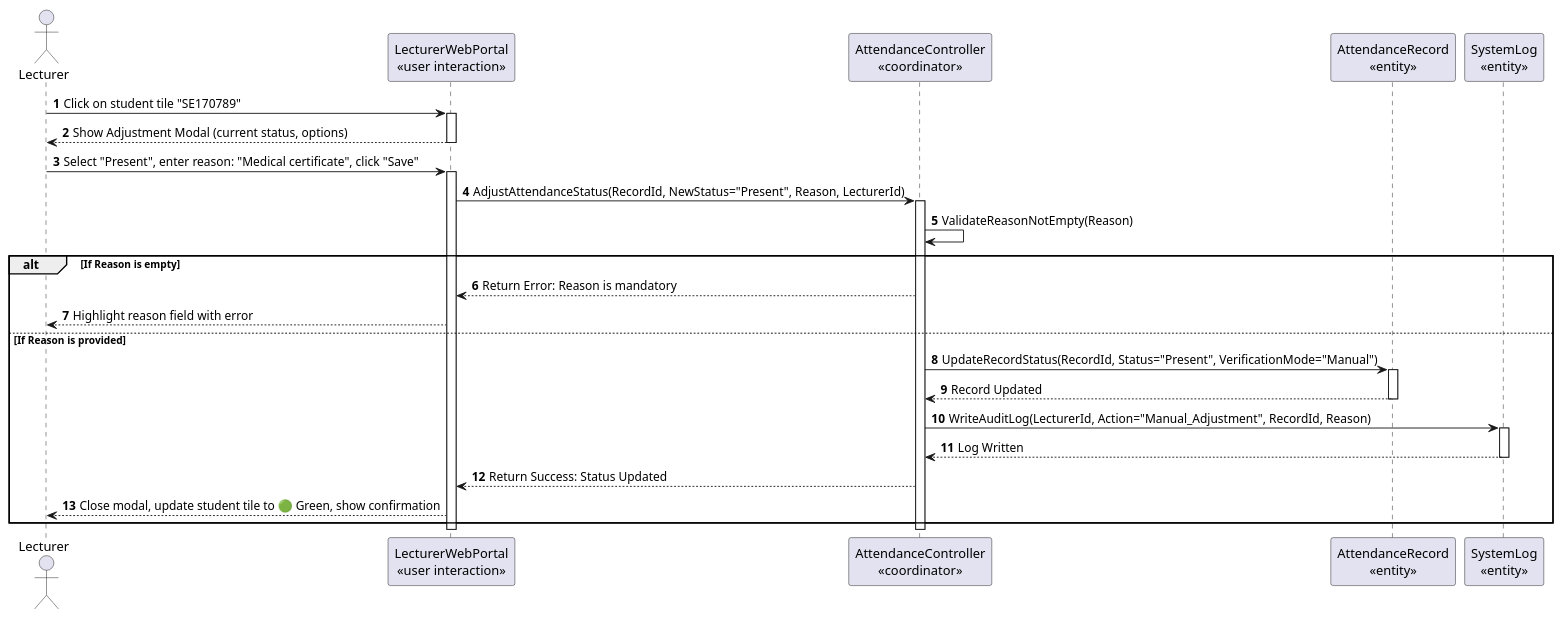
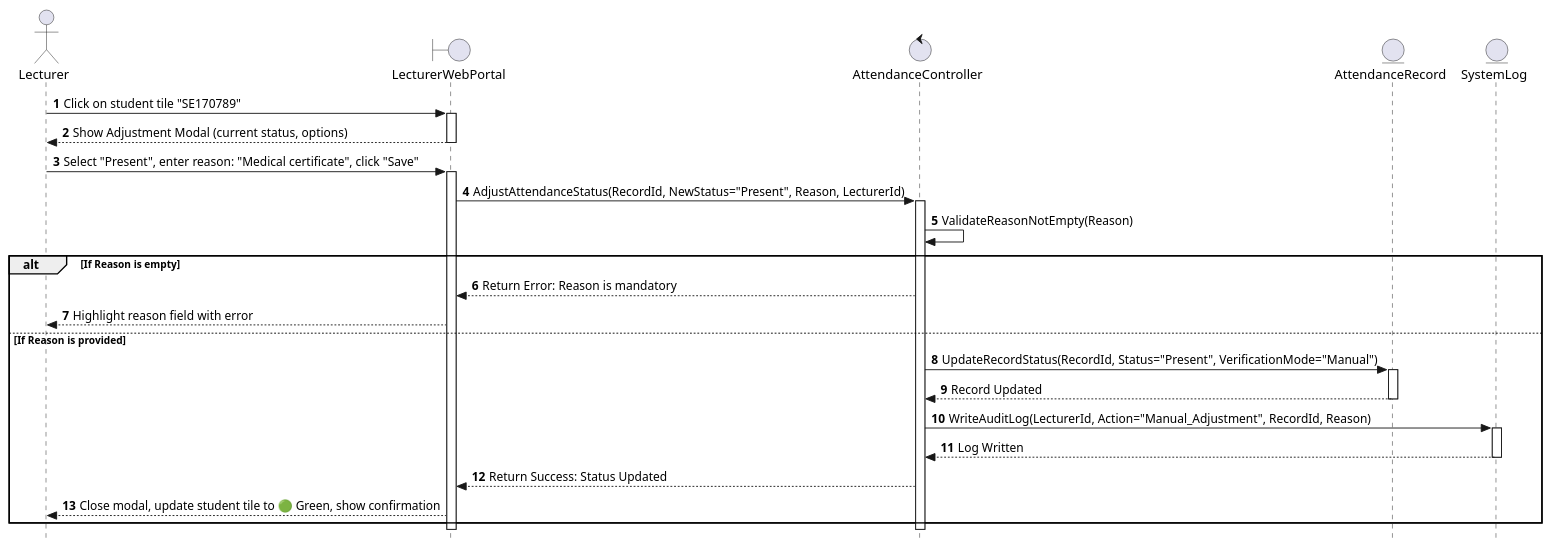
One commit to nttung42/SWD392 changed diagram 20 of 31 in MainDocs/AFAS_RDS_Document_Part1B_Analysis_models.md. Above: the diagram before and after it, drawn with PlantUML. The commit also changed other lines of this file, not shown here.

Commit message:
docs: refactor sequence diagrams to use strict UML/BCE and add message description tables

````diff
--- a/MainDocs/AFAS_RDS_Document_Part1B_Analysis_models.md
+++ b/MainDocs/AFAS_RDS_Document_Part1B_Analysis_models.md
@@ -1004,42 +1178,43 @@
 ```plantuml
 @startuml
+skinparam style strictuml
 autonumber
 actor GV as "Lecturer"
-participant LWP as "LecturerWebPortal\n«user interaction»"
-participant AC as "AttendanceController\n«coordinator»"
-participant AR as "AttendanceRecord\n«entity»"
-participant SL as "SystemLog\n«entity»"
+boundary LWP as "LecturerWebPortal"
+control AC as "AttendanceController"
+entity AR as "AttendanceRecord"
+entity SL as "SystemLog"
 
 GV -> LWP : Click on student tile "SE170789"
 activate LWP
 LWP --> GV : Show Adjustment Modal (current status, options)
 deactivate LWP
 
 GV -> LWP : Select "Present", enter reason: "Medical certificate", click "Save"
 activate LWP
 LWP -> AC : AdjustAttendanceStatus(RecordId, NewStatus="Present", Reason, LecturerId)
 activate AC
 
 AC -> AC : ValidateReasonNotEmpty(Reason)
 
 alt If Reason is empty
     AC --> LWP : Return Error: Reason is mandatory
     LWP --> GV : Highlight reason field with error
 else If Reason is provided
     AC -> AR : UpdateRecordStatus(RecordId, Status="Present", VerificationMode="Manual")
     activate AR
     AR --> AC : Record Updated
     deactivate AR
     
     AC -> SL : WriteAuditLog(LecturerId, Action="Manual_Adjustment", RecordId, Reason)
     activate SL
     SL --> AC : Log Written
     deactivate SL
     
     AC --> LWP : Return Success: Status Updated
     LWP --> GV : Close modal, update student tile to 🟢 Green, show confirmation
 end
 deactivate AC
 deactivate LWP
 @enduml
 ```
````
